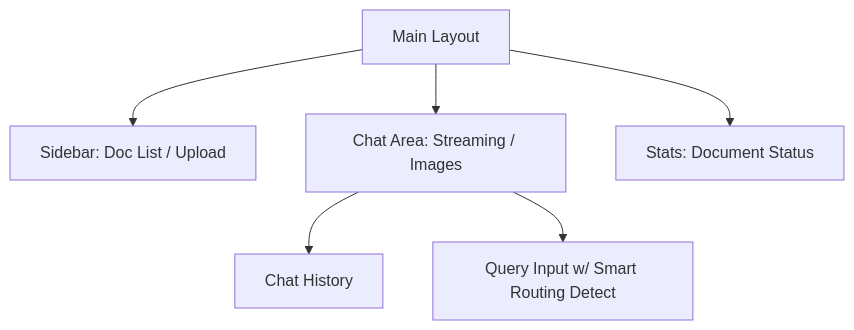
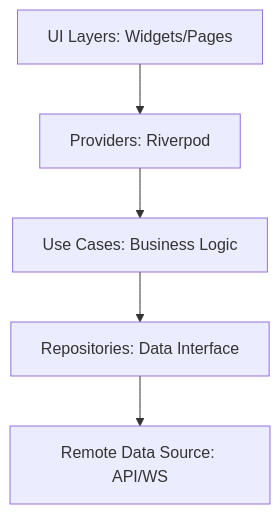
The diagram in frontend/FRONTEND_DESIGN.md (Bonggoo/Multimodal_RAG), drawn with Mermaid before and after one commit. The commit also changed other lines of this file and 60 other files, not shown here.

````diff
--- a/frontend/FRONTEND_DESIGN.md
+++ b/frontend/FRONTEND_DESIGN.md
@@ -37,8 +11,7 @@
 ```mermaid
 graph TD
-    Main[Main Layout] --> Sidebar[Sidebar: Doc List / Upload]
-    Main --> ChatArea[Chat Area: Streaming / Images]
-    Main --> StatCards[Stats: Document Status]
-    ChatArea --> History[Chat History]
-    ChatArea --> Input[Query Input w/ Smart Routing Detect]
+    UI[UI Layers: Widgets/Pages] --> Prov[Providers: Riverpod]
+    Prov --> UC[Use Cases: Business Logic]
+    UC --> Repo[Repositories: Data Interface]
+    Repo --> Remote[Remote Data Source: API/WS]
 ```
````
